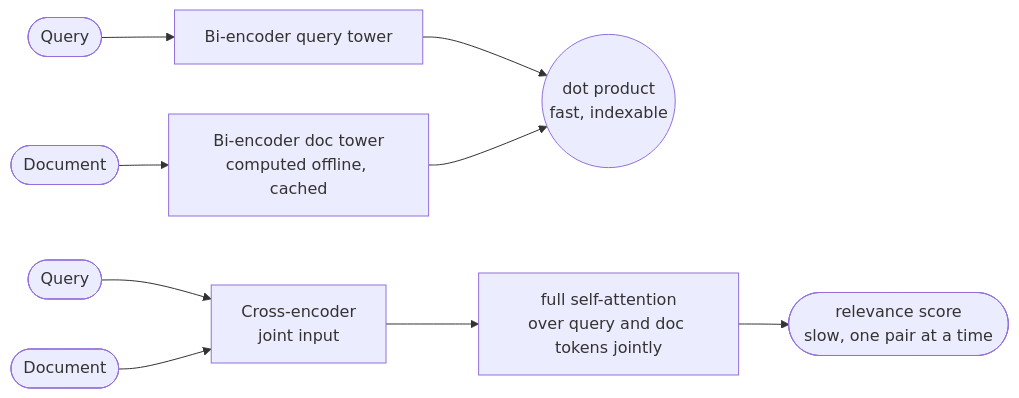
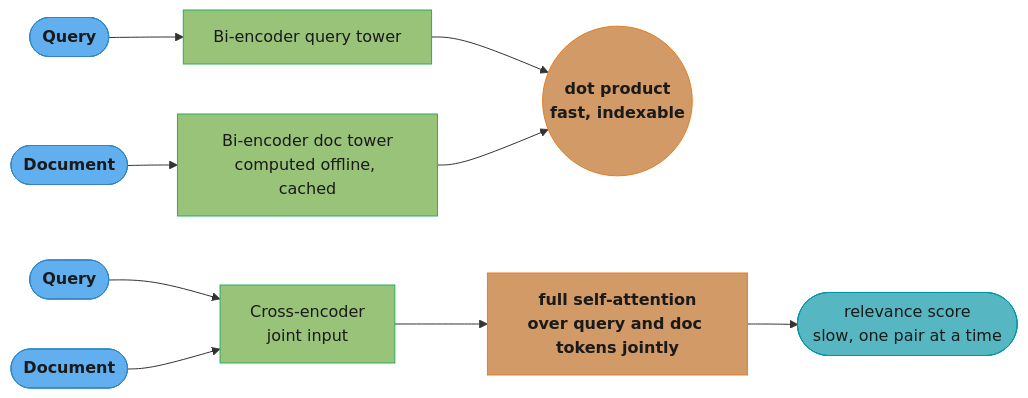
The third of 5 diagrams in src/main/java/com/rutik/systemdesign/ml/information_retrieval_and_search/information_retrieval_and_search.md (rppol/system-design), drawn with Mermaid before and after one commit. The commit also changed other lines of this file and 38 other files, not shown here.

````diff
--- a/src/main/java/com/rutik/systemdesign/ml/information_retrieval_and_search/information_retrieval_and_search.md
+++ b/src/main/java/com/rutik/systemdesign/ml/information_retrieval_and_search/information_retrieval_and_search.md
@@ -136,11 +161,24 @@
 ```mermaid
 flowchart LR
+    classDef io      fill:#61afef,stroke:#2e86c1,color:#1a1a1a,font-weight:bold
+    classDef frozen  fill:#c678dd,stroke:#9b59b6,color:#fff
+    classDef train   fill:#98c379,stroke:#27ae60,color:#1a1a1a
+    classDef mathOp  fill:#d19a66,stroke:#e67e22,color:#1a1a1a,font-weight:bold
+    classDef lossN   fill:#e06c75,stroke:#c0392b,color:#fff,font-weight:bold
+    classDef req     fill:#56b6c2,stroke:#0097a7,color:#1a1a1a
+    classDef base    fill:#e5c07b,stroke:#f39c12,color:#1a1a1a
+
     q1(["Query"]) --> qenc["Bi-encoder query tower"]
     d1(["Document"]) --> denc["Bi-encoder doc tower\ncomputed offline, cached"]
     qenc --> dot(("dot product\nfast, indexable"))
     denc --> dot
     q2(["Query"]) --> cat["Cross-encoder\njoint input"]
     d2(["Document"]) --> cat
     cat --> attn["full self-attention\nover query and doc tokens jointly"]
     attn --> score(["relevance score\nslow, one pair at a time"])
+
+    class q1,d1,q2,d2 io
+    class qenc,denc,cat train
+    class dot,attn mathOp
+    class score req
 ```
````
